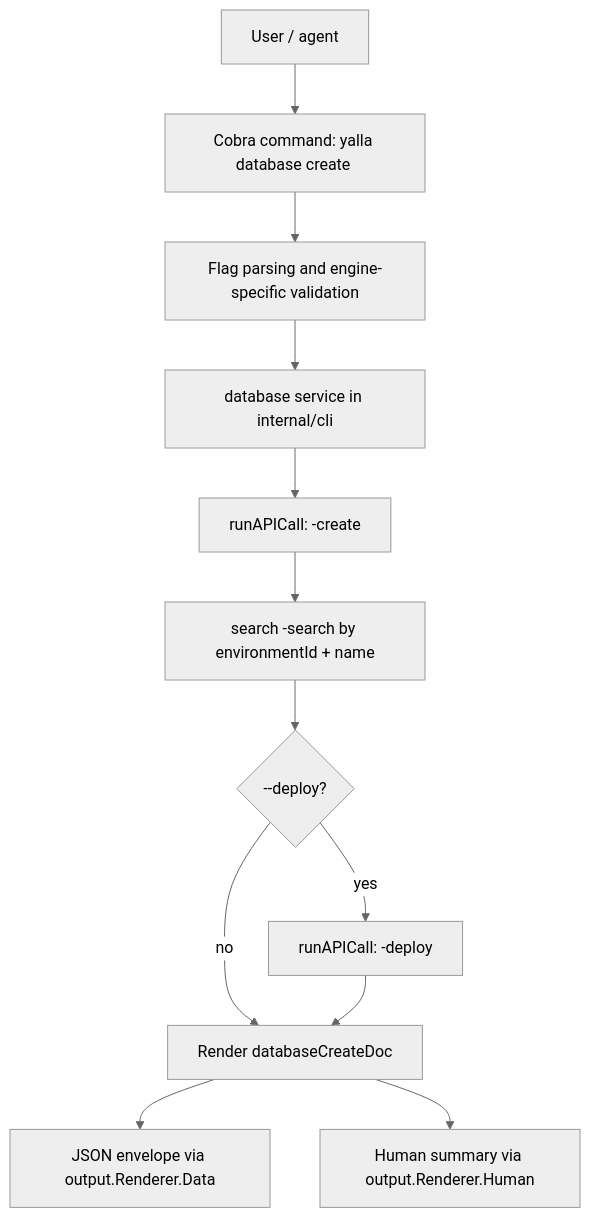
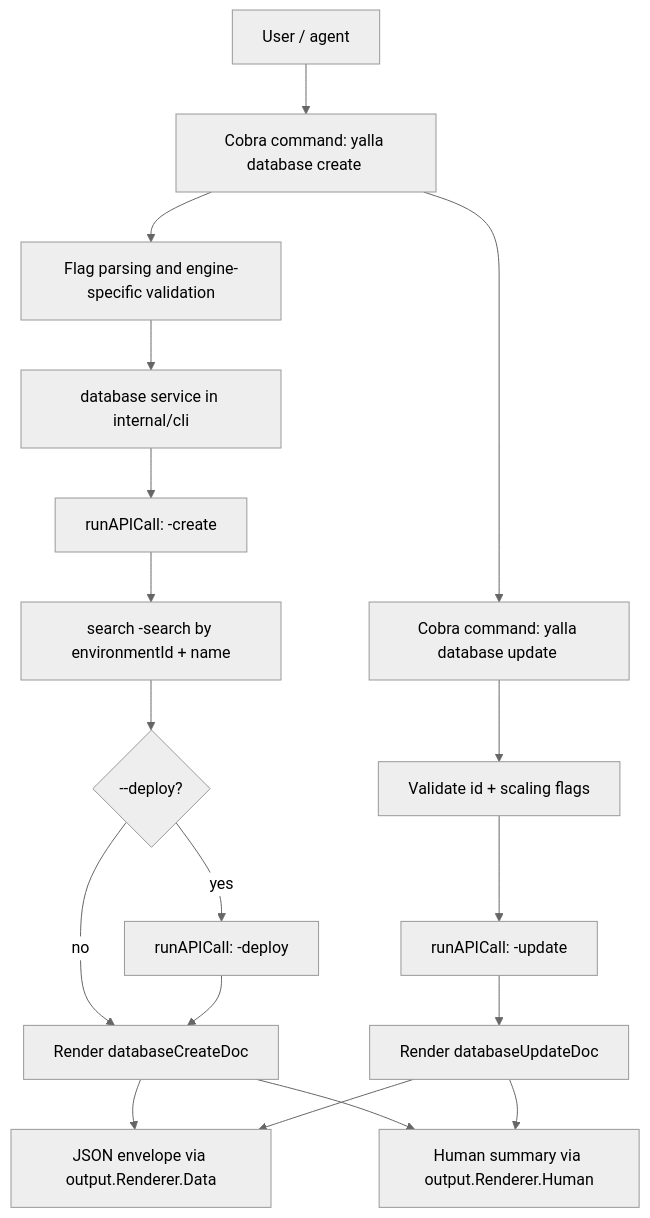
Before and after one commit to JuribaDev/yalla: the first of 3 diagrams in docs/superpowers/plans/2026-05-12-friendly-database-commands.md, drawn with Mermaid (neutral theme). The commit also changed other lines of this file and 33 other files, not shown here.

````diff
--- a/docs/superpowers/plans/2026-05-12-friendly-database-commands.md
+++ b/docs/superpowers/plans/2026-05-12-friendly-database-commands.md
@@ -74,14 +86,20 @@
 ```mermaid
 flowchart TD
     User["User / agent"] --> Cobra["Cobra command: yalla database create <engine>"]
     Cobra --> Validate["Flag parsing and engine-specific validation"]
     Validate --> Service["database service in internal/cli"]
     Service --> RawCreate["runAPICall: <engine>-create"]
     RawCreate --> Recover["search <engine>-search by environmentId + name"]
     Recover --> Deploy{"--deploy?"}
     Deploy -->|yes| RawDeploy["runAPICall: <engine>-deploy"]
     Deploy -->|no| Emit["Render databaseCreateDoc"]
     RawDeploy --> Emit
+    Cobra --> Update["Cobra command: yalla database update <engine>"]
+    Update --> UpdateValidate["Validate id + scaling flags"]
+    UpdateValidate --> RawUpdate["runAPICall: <engine>-update"]
+    RawUpdate --> EmitUpdate["Render databaseUpdateDoc"]
     Emit --> JSON["JSON envelope via output.Renderer.Data"]
     Emit --> Human["Human summary via output.Renderer.Human"]
+    EmitUpdate --> JSON
+    EmitUpdate --> Human
 ```
````
